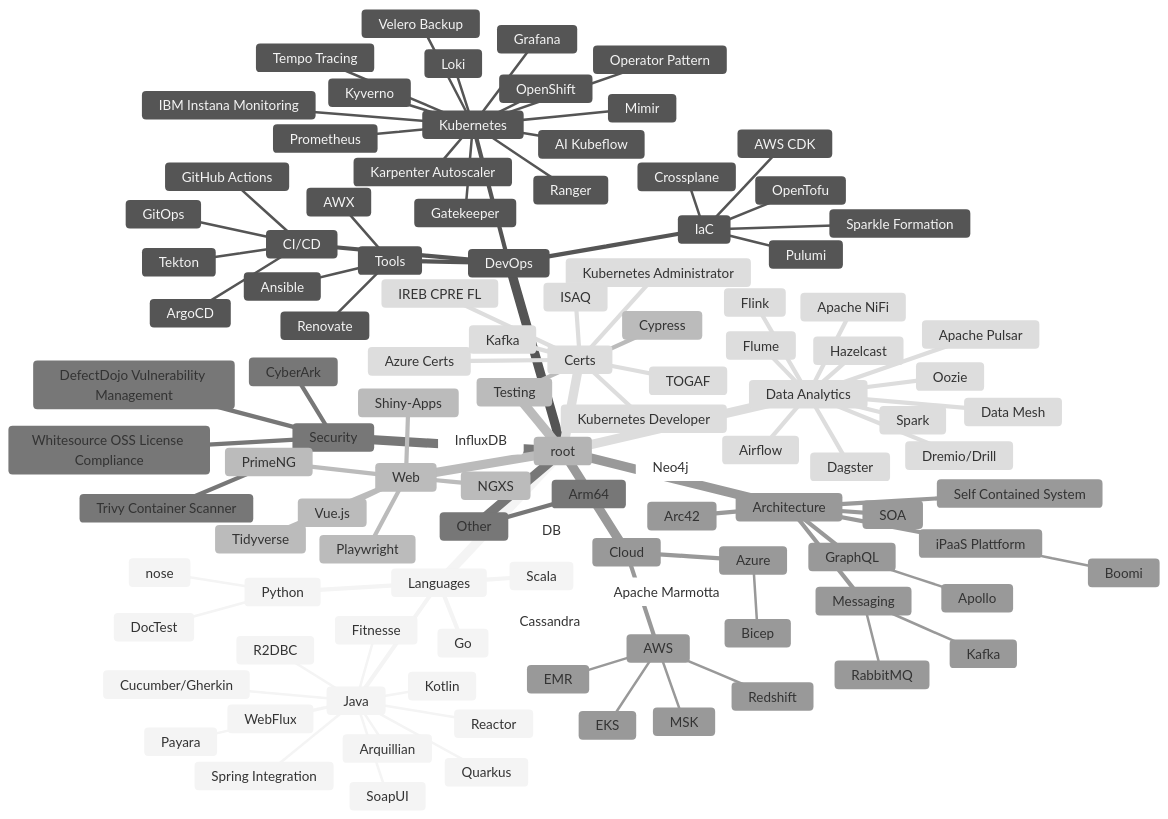
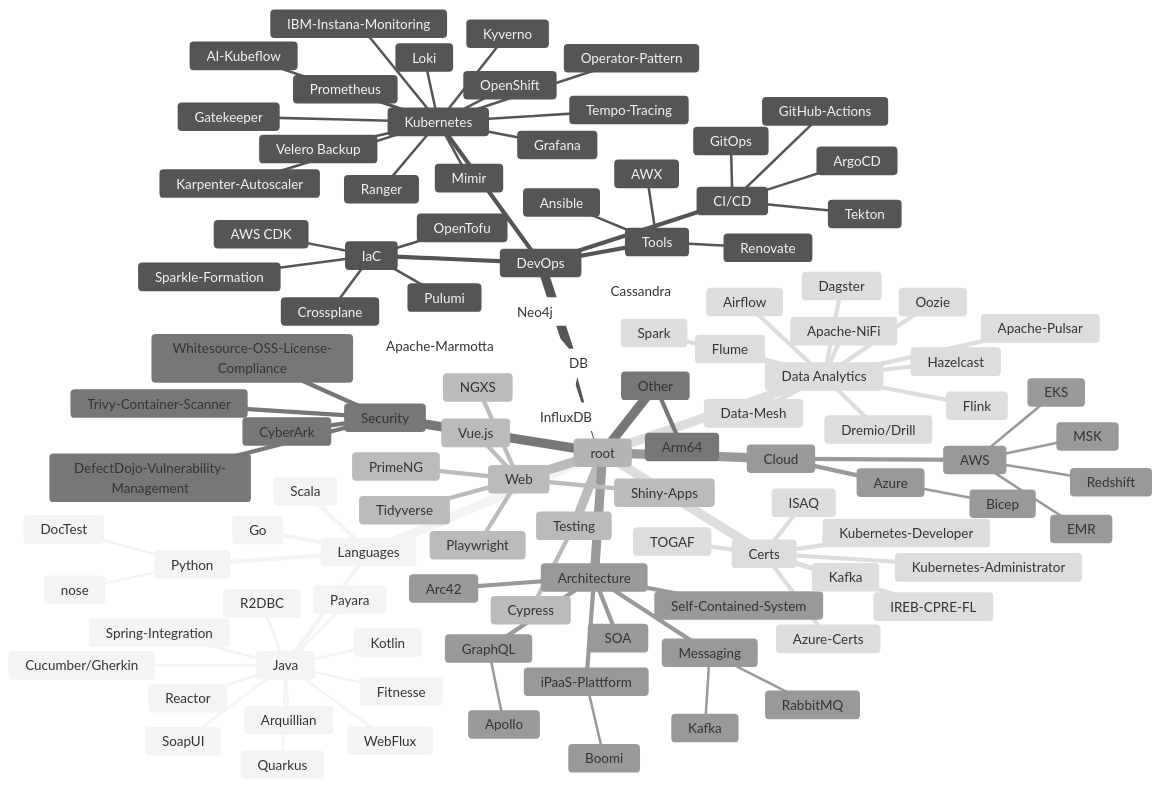
The diagram in trends_cheatsheet.md (thinkaboutcode/knowledge-base), drawn with Mermaid (neutral theme) before and after one commit.

Commit message:
modified cheatsheet for trends

```diff
--- a/trends_cheatsheet.md
+++ b/trends_cheatsheet.md
@@ -16,7 +16,7 @@
         SoapUI
         Fitnesse
         Cucumber/Gherkin
-        Spring Integration
+        Spring-Integration
         Quarkus
       Python
         DocTest
@@ -25,22 +25,22 @@
       Kubernetes
         Kyverno
         Gatekeeper
-        AI Kubeflow
+        AI-Kubeflow
         Prometheus
         Mimir
         Grafana
         Loki
-        Tempo Tracing
+        Tempo-Tracing
         OpenShift
         Ranger
-        IBM Instana Monitoring
-        Operator Pattern
-        Karpenter Autoscaler
+        IBM-Instana-Monitoring
+        Operator-Pattern
+        Karpenter-Autoscaler
         Velero Backup
       CI/CD
         Tekton
         GitOps
-        GitHub Actions
+        GitHub-Actions
         ArgoCD
       Tools
         Ansible
@@ -49,30 +49,30 @@
       IaC
         Crossplane
         OpenTofu
-        Sparkle Formation             
+        Sparkle-Formation             
         Pulumi
         AWS CDK
     Testing
       Cypress
     Security
-      Whitesource OSS License Compliance
-      Trivy Container Scanner
-      DefectDojo Vulnerability Management
+      Whitesource-OSS-License-Compliance
+      Trivy-Container-Scanner
+      DefectDojo-Vulnerability-Management
       CyberArk
     Architecture
       SOA
       GraphQL
         Apollo
       Arc42
-      Self Contained System
-      iPaaS Plattform
+      Self-Contained-System
+      iPaaS-Plattform
         Boomi
       Messaging
         Kafka
         RabbitMQ
     Data Analytics
-      Apache NiFi
-      Apache Pulsar
+      Apache-NiFi
+      Apache-Pulsar
       Dremio/Drill
       Hazelcast
       Flink   
@@ -81,18 +81,18 @@
       Airflow
       Oozie
       Flume
-      Data Mesh
+      Data-Mesh
     DB
       InfluxDB
       Neo4j
       Cassandra
-      Apache Marmotta     
+      Apache-Marmotta     
     Certs
-      Kubernetes Administrator
-      Kubernetes Developer
-      IREB CPRE FL
+      Kubernetes-Administrator
+      Kubernetes-Developer
+      IREB-CPRE-FL
       TOGAF
-      Azure Certs
+      Azure-Certs
       Kafka
       ISAQ
     Web
```
